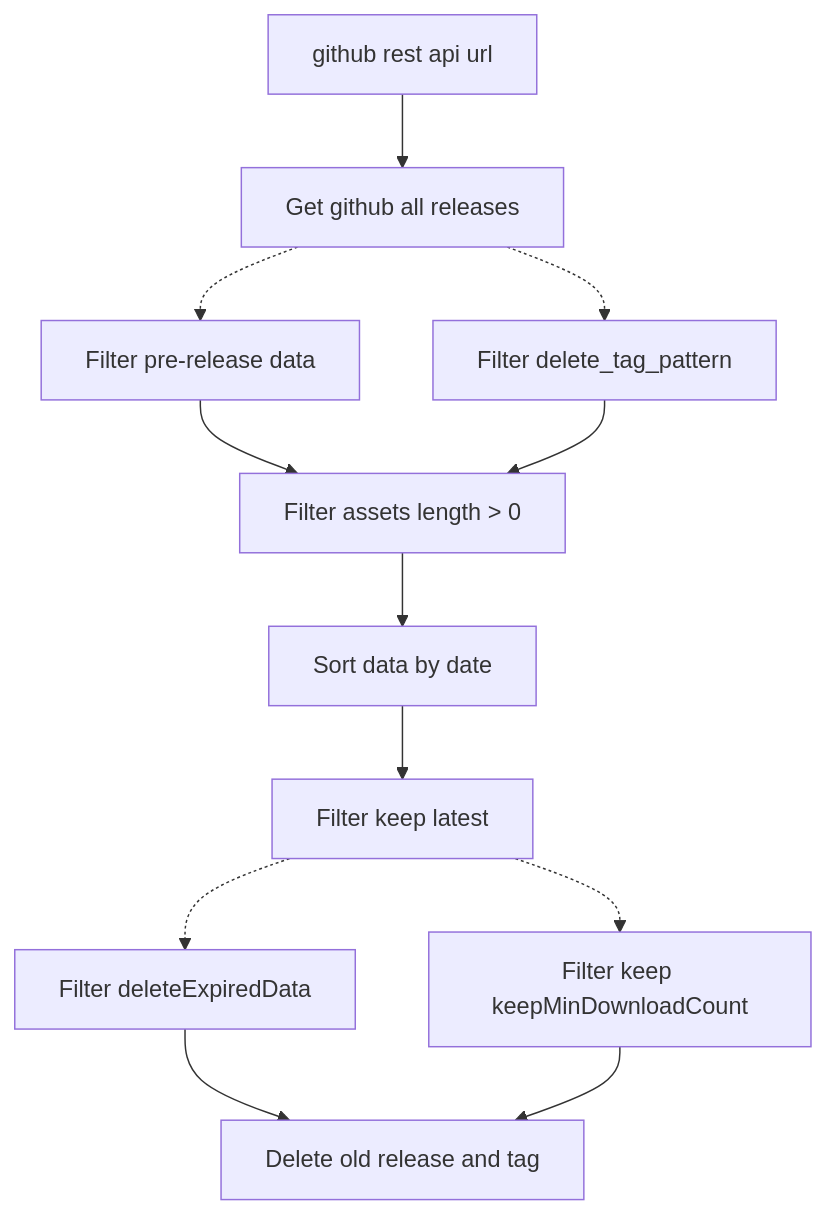
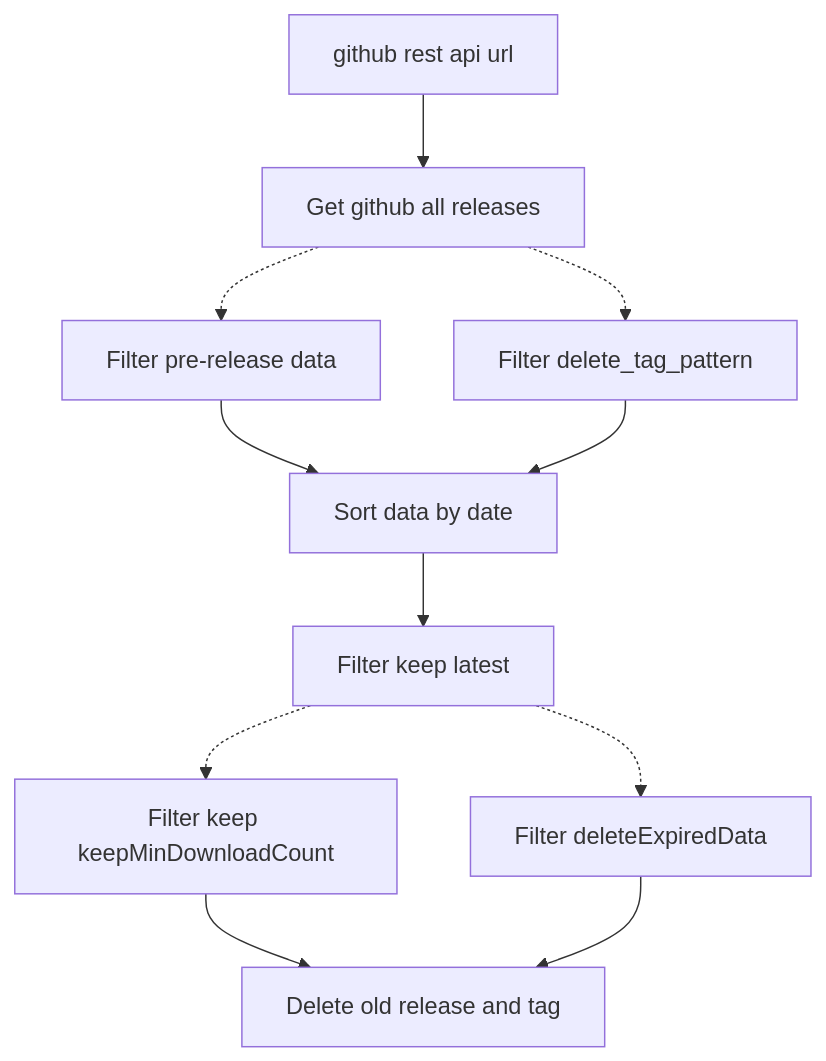
One commit to dev-drprasad/delete-older-releases changed the diagram in README.md. Above: the diagram before and after it, drawn with Mermaid.

````diff
--- a/README.md
+++ b/README.md
@@ -87,25 +87,23 @@
 ```mermaid
 flowchart TD 
 01[github rest api url]
 02[Get github all releases]
 03[Filter pre-release data]
 04[Filter delete_tag_pattern]
-05[Filter assets length > 0]
-06[Sort data by date]
-07[Filter keep latest]
-08[Filter keep keepMinDownloadCount]
-09[Filter deleteExpiredData]
-10[Delete old release and tag]
+05[Sort data by date]
+06[Filter keep latest]
+07[Filter keep keepMinDownloadCount]
+08[Filter deleteExpiredData]
+09[Delete old release and tag]
 
     01 --> 02
     02 -.-> 03
     02 -.-> 04
     03 --> 05
     04 --> 05
     05 --> 06
-    06 --> 07
-    07 -.-> 08
-    07 -.-> 09
-    09 --> 10
-    08 --> 10
+    06 -.-> 07
+    06 -.-> 08
+    07 --> 09
+    08 --> 09
 ```
````
